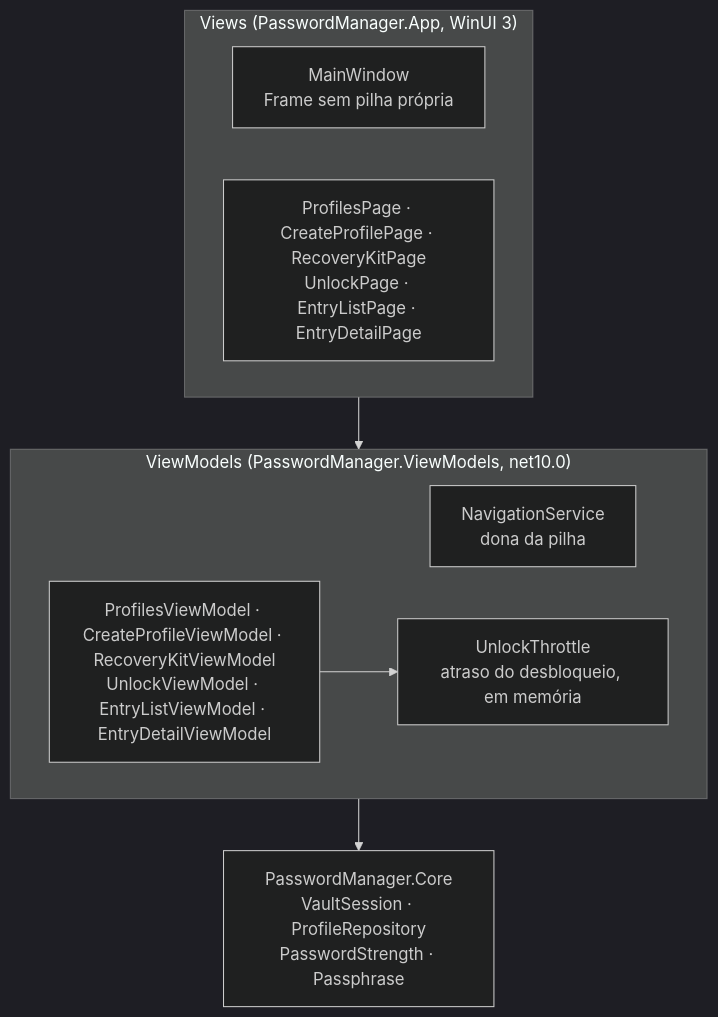
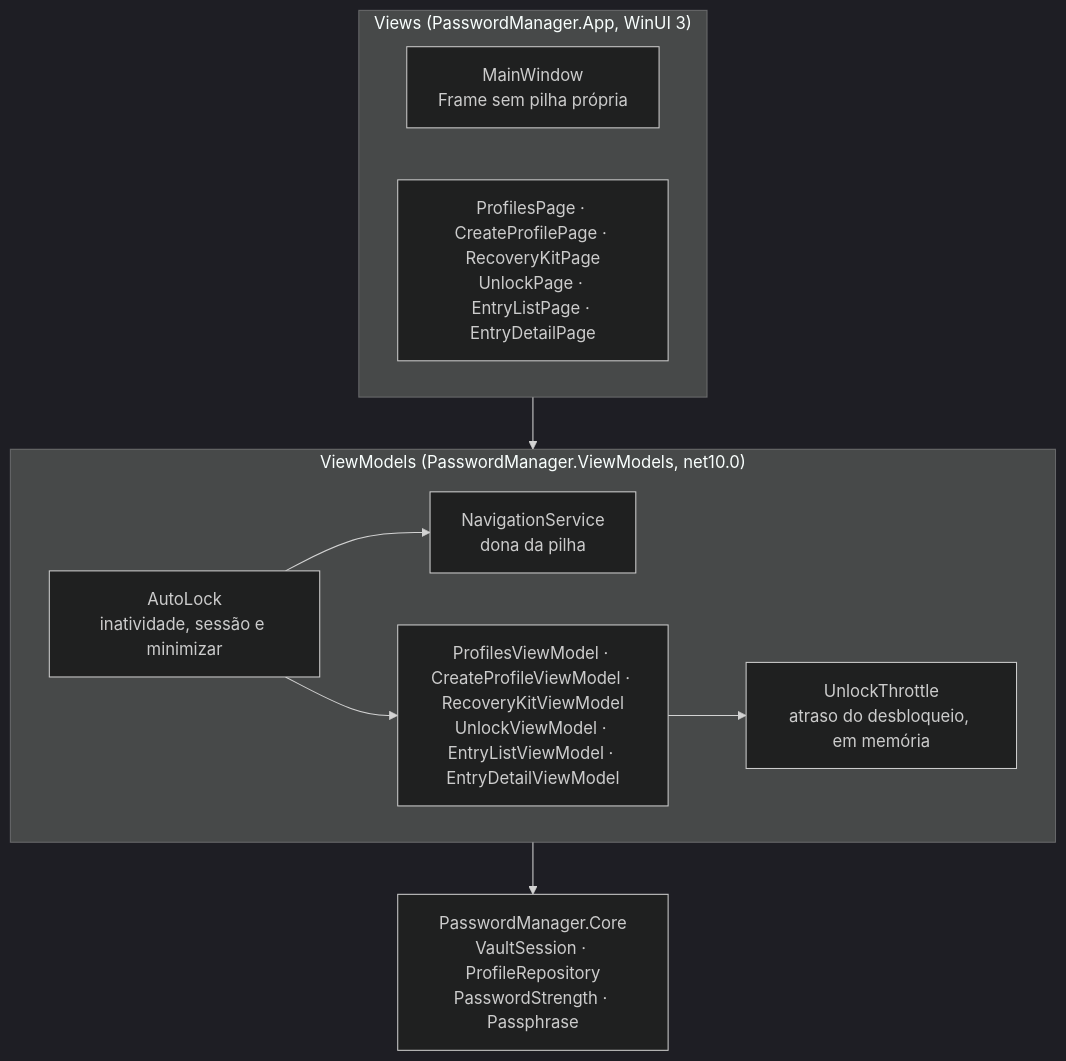
One commit to lucas-llb/passwordManagement changed the sixth of 7 diagrams in docs/architecture.md. Above: the diagram before and after it, drawn with Mermaid (dark theme). The commit also changed other lines of this file and 13 other files, not shown here.

First line of the commit message:
Add auto-lock on inactivity, Windows session lock and optional minimize (W-18)

````diff
--- a/docs/architecture.md
+++ b/docs/architecture.md
@@ -338,15 +355,18 @@
 ```mermaid
 flowchart TB
     subgraph Views["Views (PasswordManager.App, WinUI 3)"]
         MW["MainWindow<br/>Frame sem pilha própria"]
         PG["ProfilesPage · CreateProfilePage · RecoveryKitPage<br/>UnlockPage · EntryListPage · EntryDetailPage"]
     end
     subgraph VMs["ViewModels (PasswordManager.ViewModels, net10.0)"]
         NS["NavigationService<br/>dona da pilha"]
         VM["ProfilesViewModel · CreateProfileViewModel · RecoveryKitViewModel<br/>UnlockViewModel · EntryListViewModel · EntryDetailViewModel"]
         UT["UnlockThrottle<br/>atraso do desbloqueio, em memória"]
         VM --> UT
+        AL["AutoLock<br/>inatividade, sessão e minimizar"]
+        AL --> NS
+        AL --> VM
     end
     CORE["PasswordManager.Core<br/>VaultSession · ProfileRepository<br/>PasswordStrength · Passphrase"]
     Views --> VMs --> CORE
 ```
````
